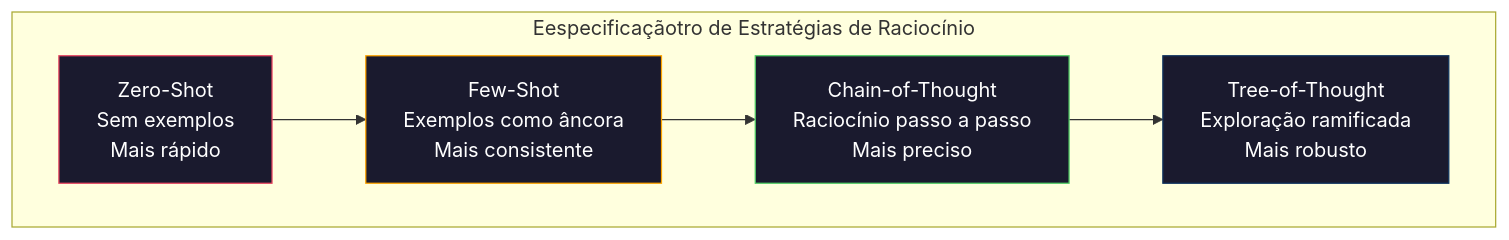
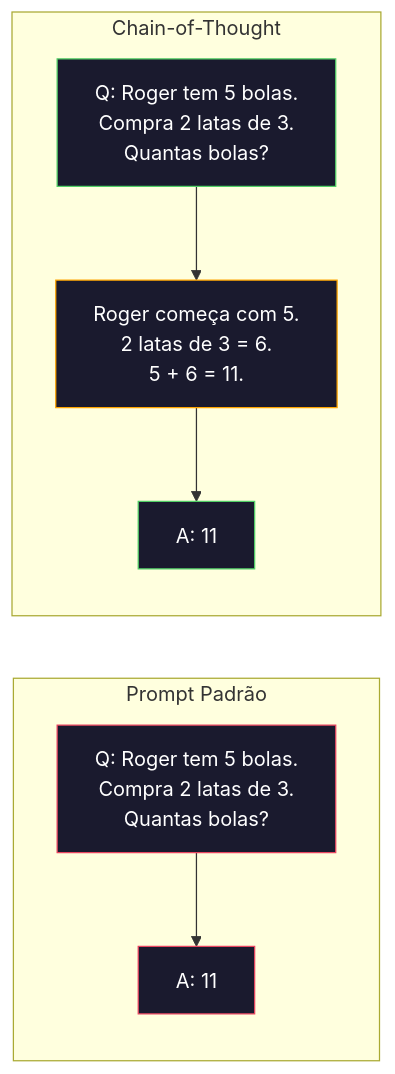
Before and after one commit to K3lvin-dev/ai-engineering-from-scratch: the second of 3 diagrams in phases/11-llm-engineering/02-few-shot-cot/docs/pt-br.md, drawn with Mermaid. The commit also changed other lines of this file and 16 other files, not shown here.

````diff
--- a/phases/11-llm-engineering/02-few-shot-cot/docs/pt-br.md
+++ b/phases/11-llm-engineering/02-few-shot-cot/docs/pt-br.md
@@ -27,14 +69,16 @@
 ```mermaid
 graph LR
-    subgraph Spectrum["Eespecificaçãotro de Estratégias de Raciocínio"]
-        direction LR
-        A["Zero-Shot<br/>Sem exemplos<br/>Mais rápido"] --> B["Few-Shot<br/>Exemplos como âncora<br/>Mais consistente"]
-        B --> C["Chain-of-Thought<br/>Raciocínio passo a passo<br/>Mais preciso"]
-        C --> D["Tree-of-Thought<br/>Exploração ramificada<br/>Mais robusto"]
+    subgraph Standard["Prompt Padrão"]
+        Q1["Q: Roger tem 5 bolas.\nCompra 2 latas de 3.\nQuantas bolas?"] --> A1["A: 11"]
     end
 
-    style A fill:#1a1a2e,stroke:#e94560,color:#fff
-    style B fill:#1a1a2e,stroke:#ffa500,color:#fff
-    style C fill:#1a1a2e,stroke:#51cf66,color:#fff
-    style D fill:#1a1a2e,stroke:#0f3460,color:#fff
+    subgraph CoT["Chain-of-Thought"]
+        Q2["Q: Roger tem 5 bolas.\nCompra 2 latas de 3.\nQuantas bolas?"] --> R2["Roger começa com 5.\n2 latas de 3 = 6.\n5 + 6 = 11."] --> A2["A: 11"]
+    end
+
+    style Q1 fill:#1a1a2e,stroke:#e94560,color:#fff
+    style A1 fill:#1a1a2e,stroke:#e94560,color:#fff
+    style Q2 fill:#1a1a2e,stroke:#51cf66,color:#fff
+    style R2 fill:#1a1a2e,stroke:#ffa500,color:#fff
+    style A2 fill:#1a1a2e,stroke:#51cf66,color:#fff
 ```
````
